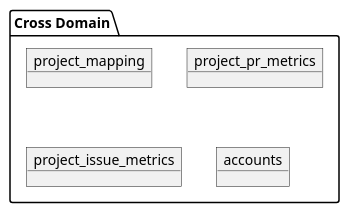
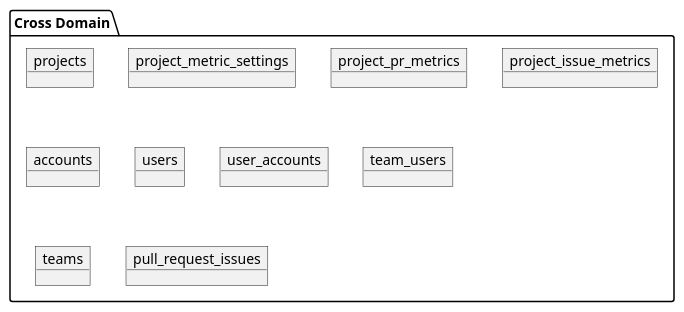
One commit to d4x1/devlake-plugin-analysis changed the diagram in domain_cross_domain.puml. Above: the diagram before and after it, drawn with PlantUML. The commit also changed 8 other files, not shown here.

```diff
--- a/domain_cross_domain.puml
+++ b/domain_cross_domain.puml
@@ -1,12 +1,22 @@
 @startuml
 'https://plantuml.com/object-diagram
 
 package "Cross Domain"{
-    object "project_mapping" as project_mapping
+    object "projects" as projects
+    object "project_metric_settings" as project_metric_settings
     object "project_pr_metrics" as project_pr_metrics
     object "project_issue_metrics" as project_issue_metrics
+
     object "accounts" as accounts
+
+    object "users" as users
+    object "user_accounts" as user_accounts
+
+    object "team_users" as team_users
+    object "teams" as teams
+
+    object "pull_request_issues" as pull_request_issues
 
 }
 
 @enduml
```
